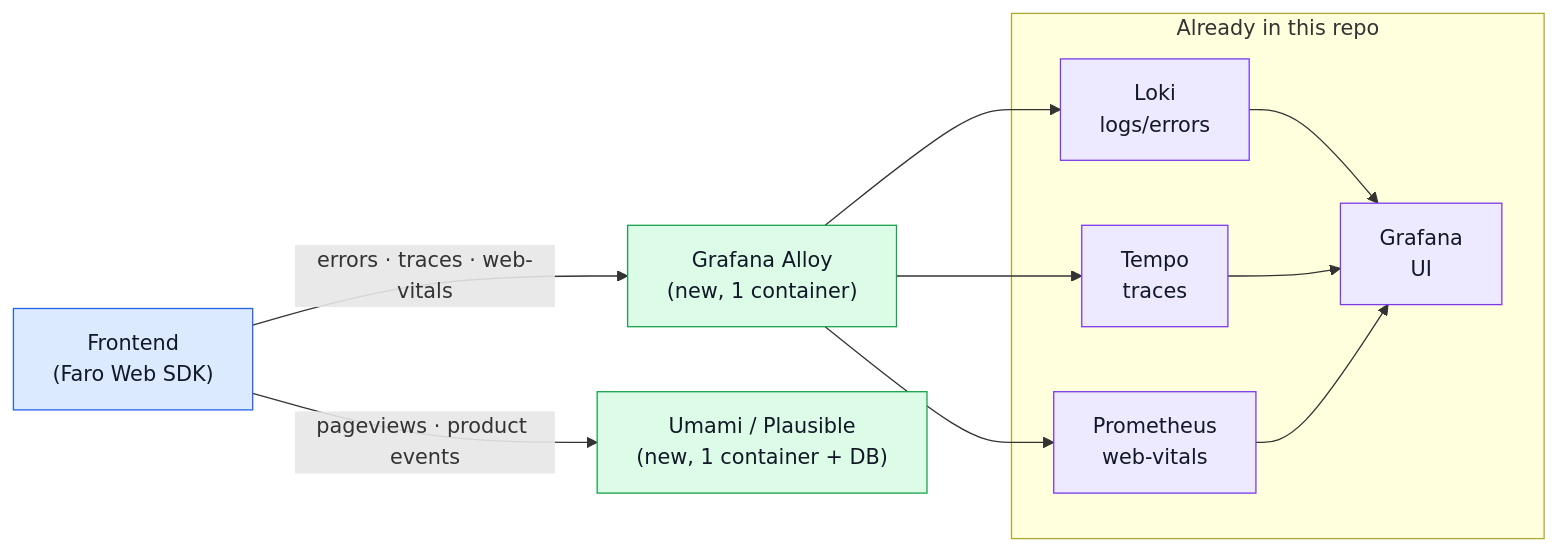
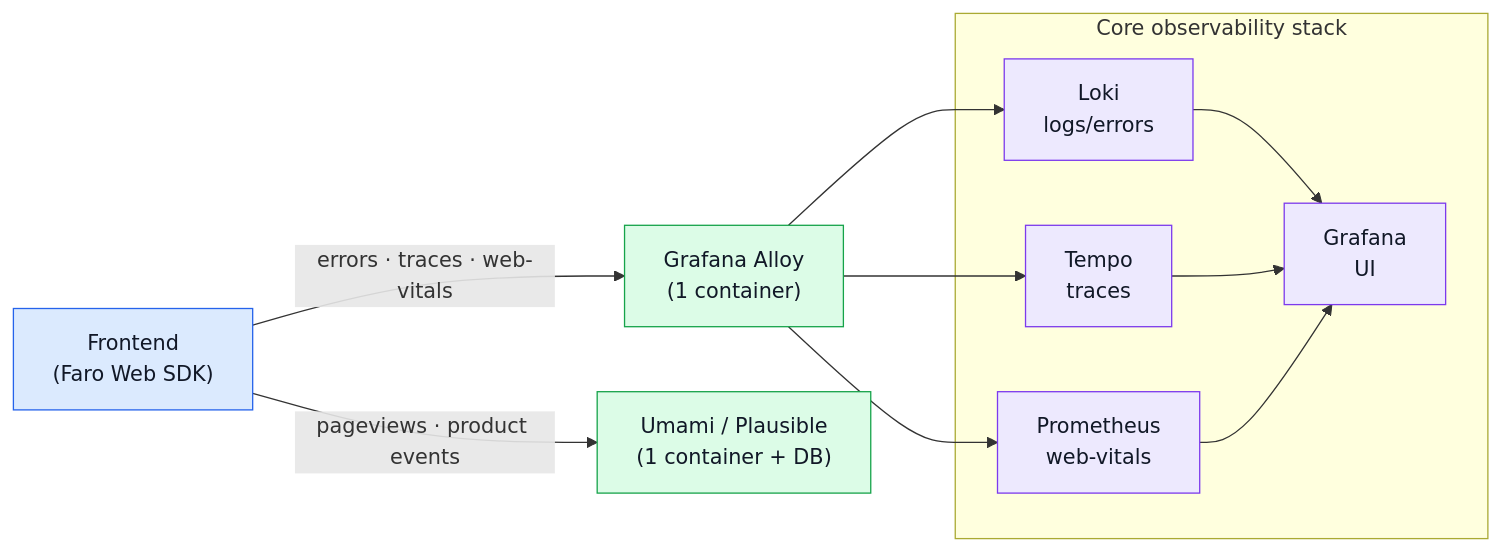
One commit to Guebbit/boilerplate-node-backend changed the diagram in docs/tools/frontend-observability.md. Above: the diagram before and after it, drawn with Mermaid. The commit also changed other lines of this file and 130 other files, not shown here.

````diff
--- a/docs/tools/frontend-observability.md
+++ b/docs/tools/frontend-observability.md
@@ -46,30 +47,30 @@
 ```mermaid
 %%{init: {'flowchart': {'nodeSpacing': 50, 'rankSpacing': 65}}}%%
 flowchart LR
     FE["Frontend\n(Faro Web SDK)"]
-    Alloy["Grafana Alloy\n(new, 1 container)"]
-    Umami["Umami / Plausible\n(new, 1 container + DB)"]
+    Alloy["Grafana Alloy\n(1 container)"]
+    Umami["Umami / Plausible\n(1 container + DB)"]
 
-    subgraph Existing["Already in this repo"]
+    subgraph Existing["Core observability stack"]
         Loki["Loki\nlogs/errors"]
         Tempo["Tempo\ntraces"]
         Prom["Prometheus\nweb-vitals"]
         Grafana["Grafana\nUI"]
     end
 
     FE -->|"errors · traces · web-vitals"| Alloy
     FE -->|"pageviews · product events"| Umami
     Alloy --> Loki
     Alloy --> Tempo
     Alloy --> Prom
     Loki --> Grafana
     Tempo --> Grafana
     Prom --> Grafana
 
     classDef fe fill:#dbeafe,stroke:#2563eb,color:#111827;
     classDef new fill:#dcfce7,stroke:#16a34a,color:#111827;
     classDef existing fill:#ede9fe,stroke:#7c3aed,color:#111827;
     class FE fe;
     class Alloy,Umami new;
     class Loki,Tempo,Prom,Grafana existing;
 ```
````
